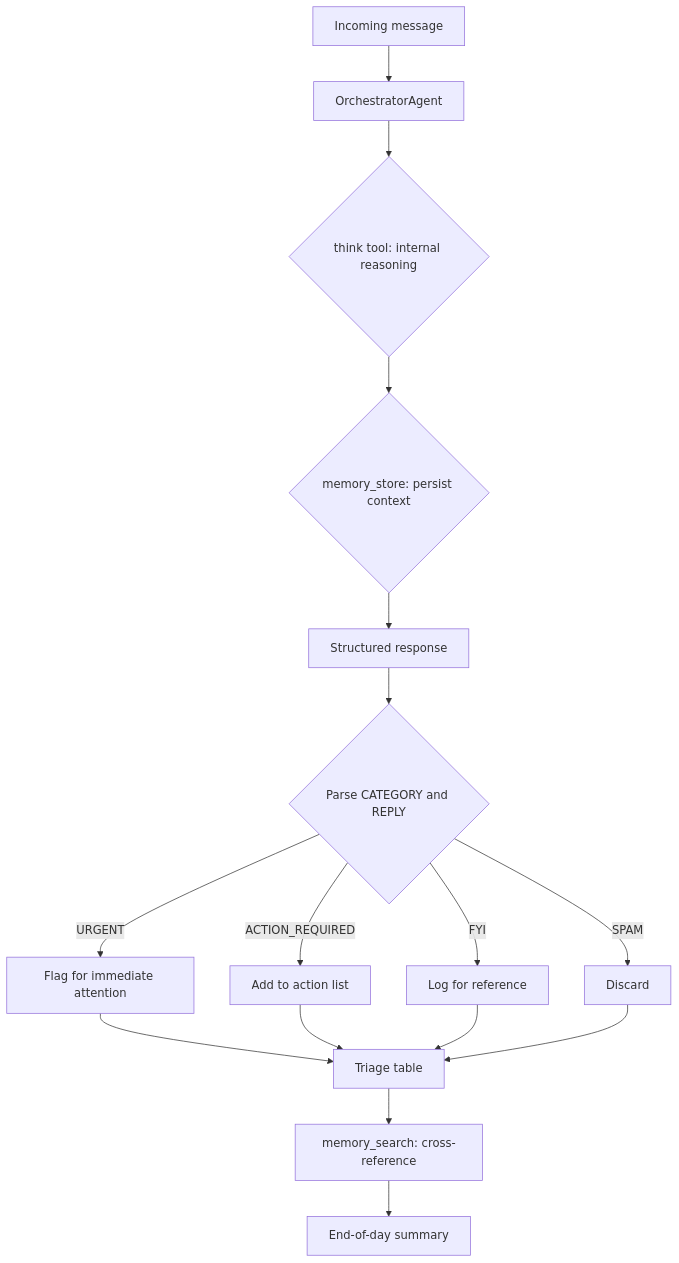
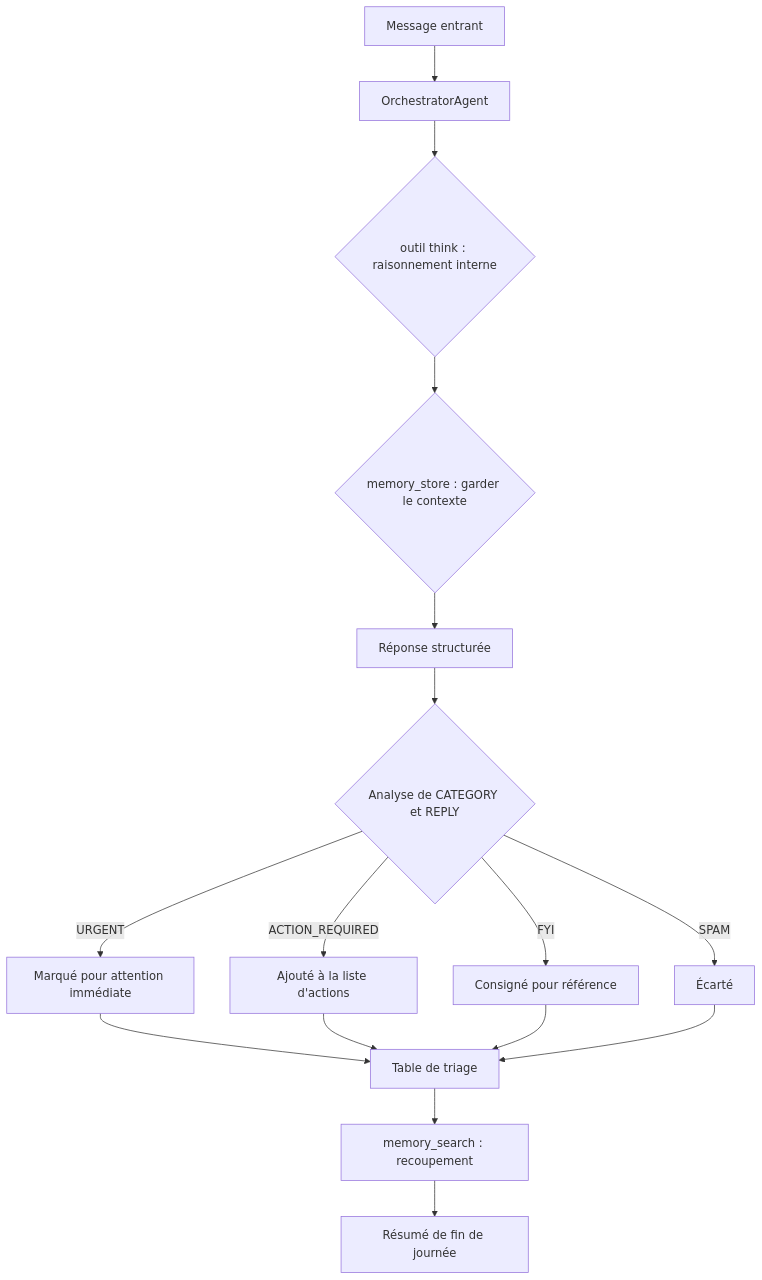
One commit to carlitoetienne01-spec/Diapason changed the diagram in docs/tutorials/messaging-hub.md. Above: the diagram before and after it, drawn with Mermaid. The commit also changed other lines of this file and 257 other files, not shown here.

````diff
--- a/docs/tutorials/messaging-hub.md
+++ b/docs/tutorials/messaging-hub.md
@@ -64,18 +64,18 @@
 ```mermaid
 graph TD
-    A[Incoming message] --> B[OrchestratorAgent]
-    B --> C{think tool: internal reasoning}
-    C --> D{memory_store: persist context}
-    D --> E[Structured response]
-    E --> F{Parse CATEGORY and REPLY}
-    F -->|URGENT| G[Flag for immediate attention]
-    F -->|ACTION_REQUIRED| H[Add to action list]
-    F -->|FYI| I[Log for reference]
-    F -->|SPAM| J[Discard]
-    G --> K[Triage table]
+    A[Message entrant] --> B[OrchestratorAgent]
+    B --> C{outil think : raisonnement interne}
+    C --> D{memory_store : garder le contexte}
+    D --> E[Réponse structurée]
+    E --> F{Analyse de CATEGORY et REPLY}
+    F -->|URGENT| G[Marqué pour attention immédiate]
+    F -->|ACTION_REQUIRED| H[Ajouté à la liste d'actions]
+    F -->|FYI| I[Consigné pour référence]
+    F -->|SPAM| J[Écarté]
+    G --> K[Table de triage]
     H --> K
     I --> K
     J --> K
-    K --> L[memory_search: cross-reference]
-    L --> M[End-of-day summary]
+    K --> L[memory_search : recoupement]
+    L --> M[Résumé de fin de journée]
 ```
````
